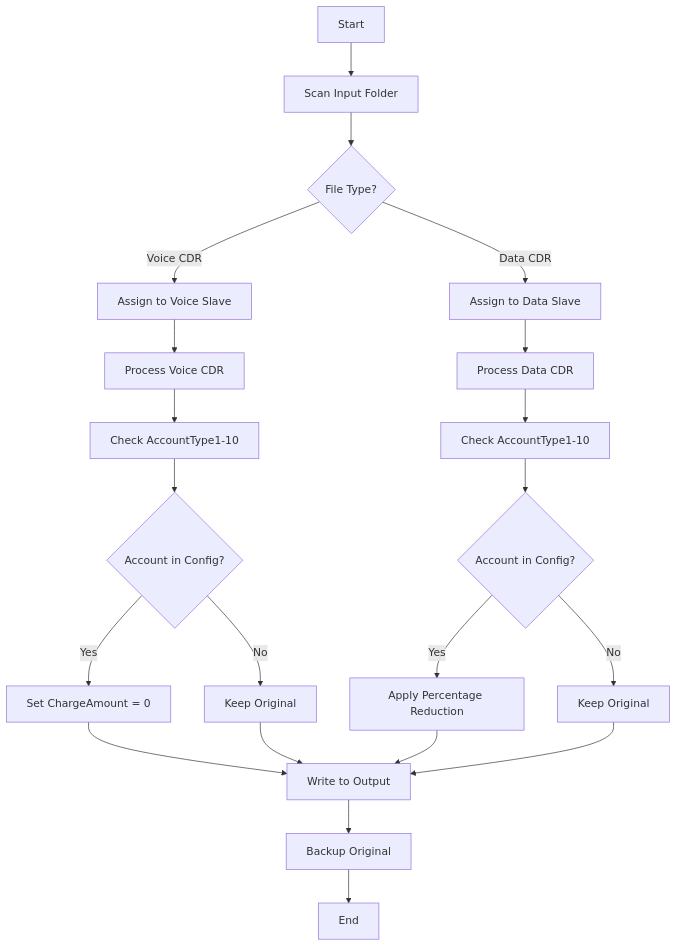
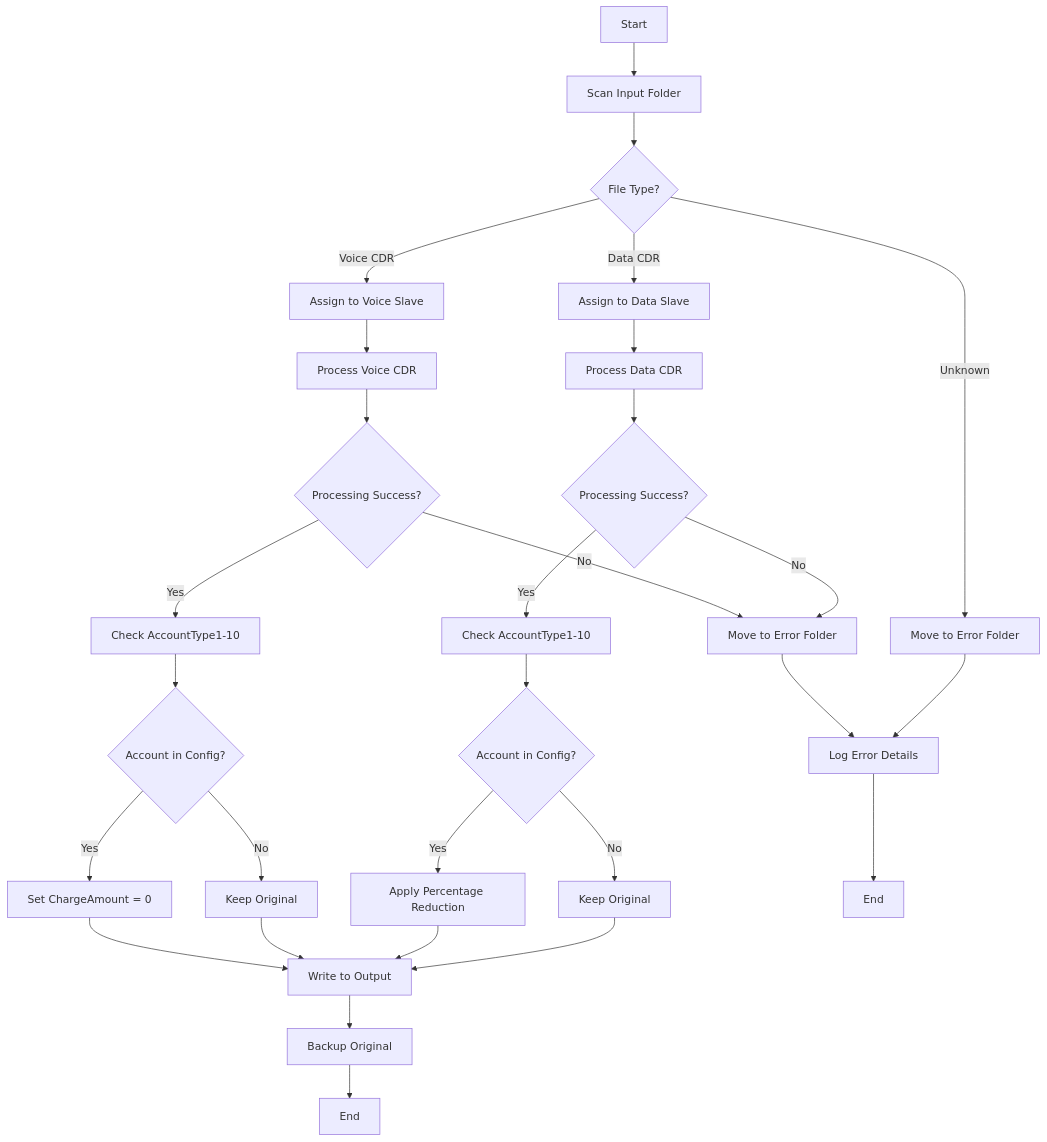
The second of 7 diagrams in Documents/CDR_Processing_System_Design.md (vitconhocboi/moz_cdr_process), drawn with Mermaid before and after one commit. The commit also changed other lines of this file and 19 other files, not shown here.

````diff
--- a/Documents/CDR_Processing_System_Design.md
+++ b/Documents/CDR_Processing_System_Design.md
@@ -39,23 +44,31 @@
 ```mermaid
 flowchart TD
     A[Start] --> B[Scan Input Folder]
     B --> C{File Type?}
     C -->|Voice CDR| D[Assign to Voice Slave]
     C -->|Data CDR| E[Assign to Data Slave]
+    C -->|Unknown| Z[Move to Error Folder]
     D --> F[Process Voice CDR]
     E --> G[Process Data CDR]
-    F --> H[Check AccountType1-10]
-    G --> I[Check AccountType1-10]
-    H --> J{Account in Config?}
-    I --> K{Account in Config?}
-    J -->|Yes| L[Set ChargeAmount = 0]
-    J -->|No| M[Keep Original]
-    K -->|Yes| N[Apply Percentage Reduction]
-    K -->|No| O[Keep Original]
-    L --> P[Write to Output]
-    M --> P
-    N --> P
-    O --> P
-    P --> Q[Backup Original]
-    Q --> R[End]
+    F --> H{Processing Success?}
+    G --> I{Processing Success?}
+    H -->|Yes| J[Check AccountType1-10]
+    H -->|No| Y[Move to Error Folder]
+    I -->|Yes| K[Check AccountType1-10]
+    I -->|No| Y
+    J --> L{Account in Config?}
+    K --> M{Account in Config?}
+    L -->|Yes| N[Set ChargeAmount = 0]
+    L -->|No| O[Keep Original]
+    M -->|Yes| P[Apply Percentage Reduction]
+    M -->|No| Q[Keep Original]
+    N --> R[Write to Output]
+    O --> R
+    P --> R
+    Q --> R
+    R --> S[Backup Original]
+    S --> T[End]
+    Y --> U[Log Error Details]
+    Z --> U
+    U --> V[End]
 ```
````
